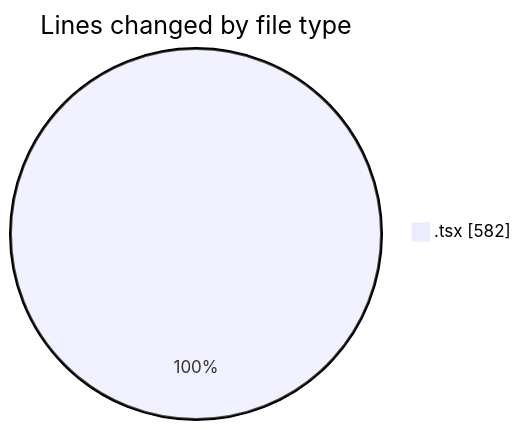
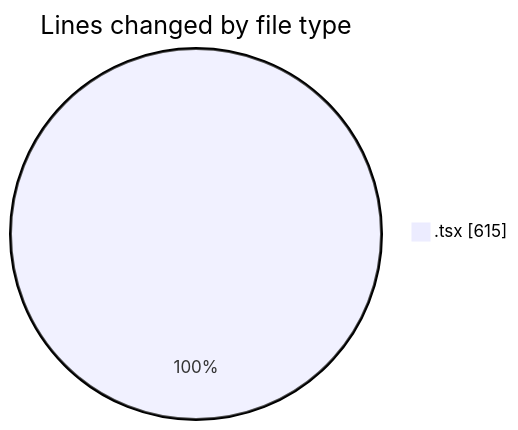
One commit to NitaiMahat/code-tracking changed the first of 2 diagrams in 2025-08-06/pif/README.md. Above: the diagram before and after it, drawn with Mermaid. The commit also changed other lines of this file and 1 other file, not shown here.

````diff
--- a/2025-08-06/pif/README.md
+++ b/2025-08-06/pif/README.md
@@ -21,5 +21,5 @@
 ```mermaid
 pie showData
 title Lines changed by file type
-".tsx" : 582
+".tsx" : 615
 ```
````
